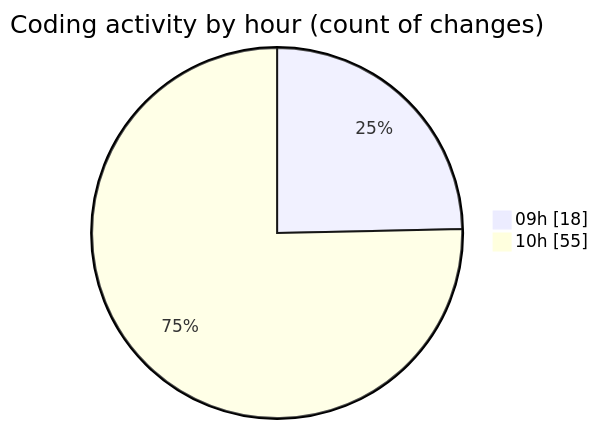
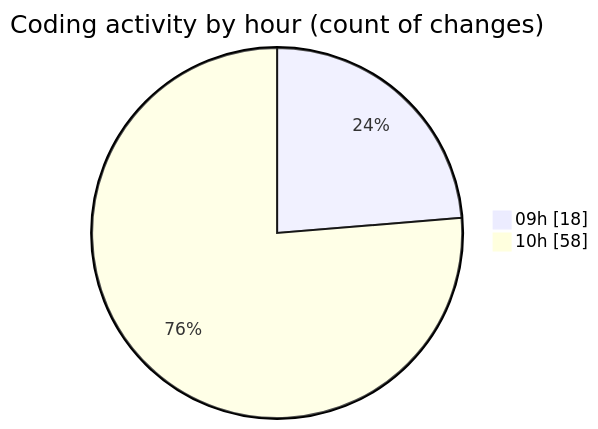
Before and after one commit to momahboobian/code-tracking: the second of 2 diagrams in 2025-07-01/cda/README.md, drawn with Mermaid. The commit also changed other lines of this file and 1 other file, not shown here.

````diff
--- a/2025-07-01/cda/README.md
+++ b/2025-07-01/cda/README.md
@@ -37,6 +38,6 @@
 ```mermaid
 pie showData
 title Coding activity by hour (count of changes)
 "09h" : 18
-"10h" : 55
+"10h" : 58
 ```
````
